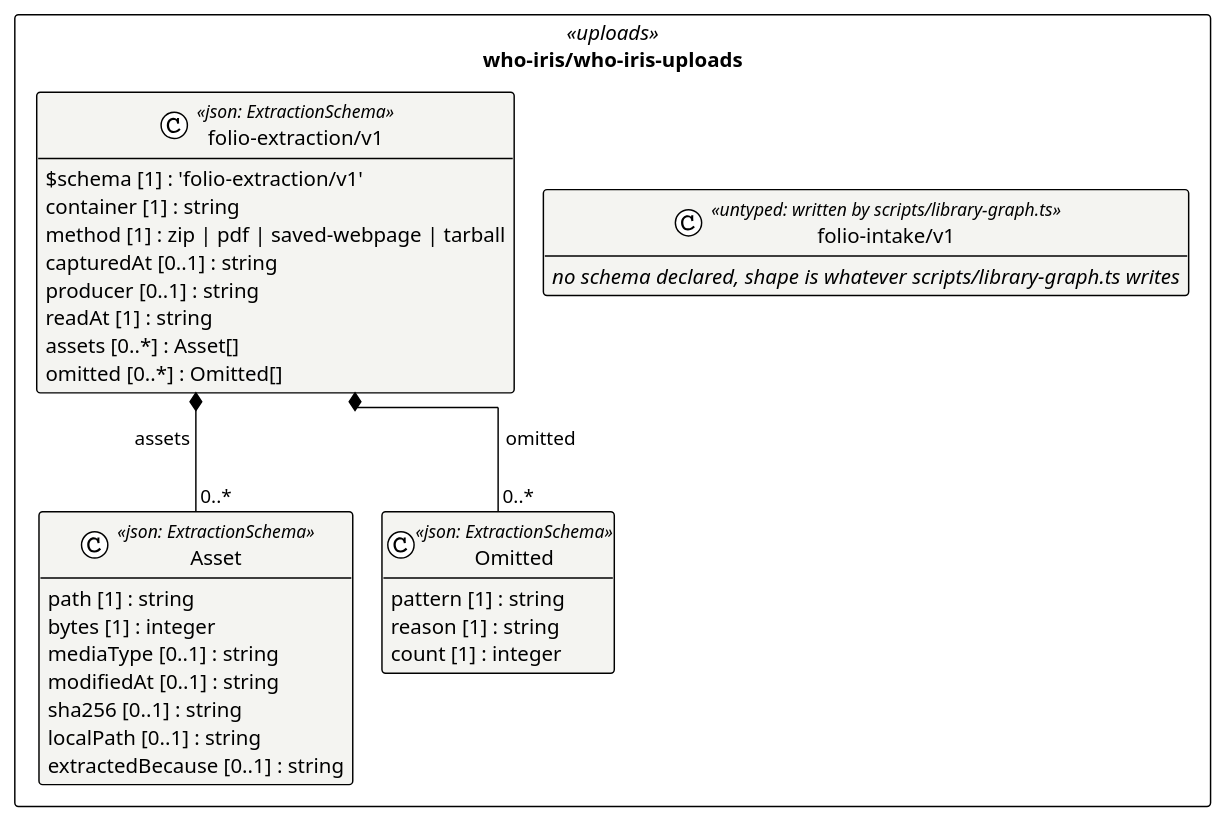
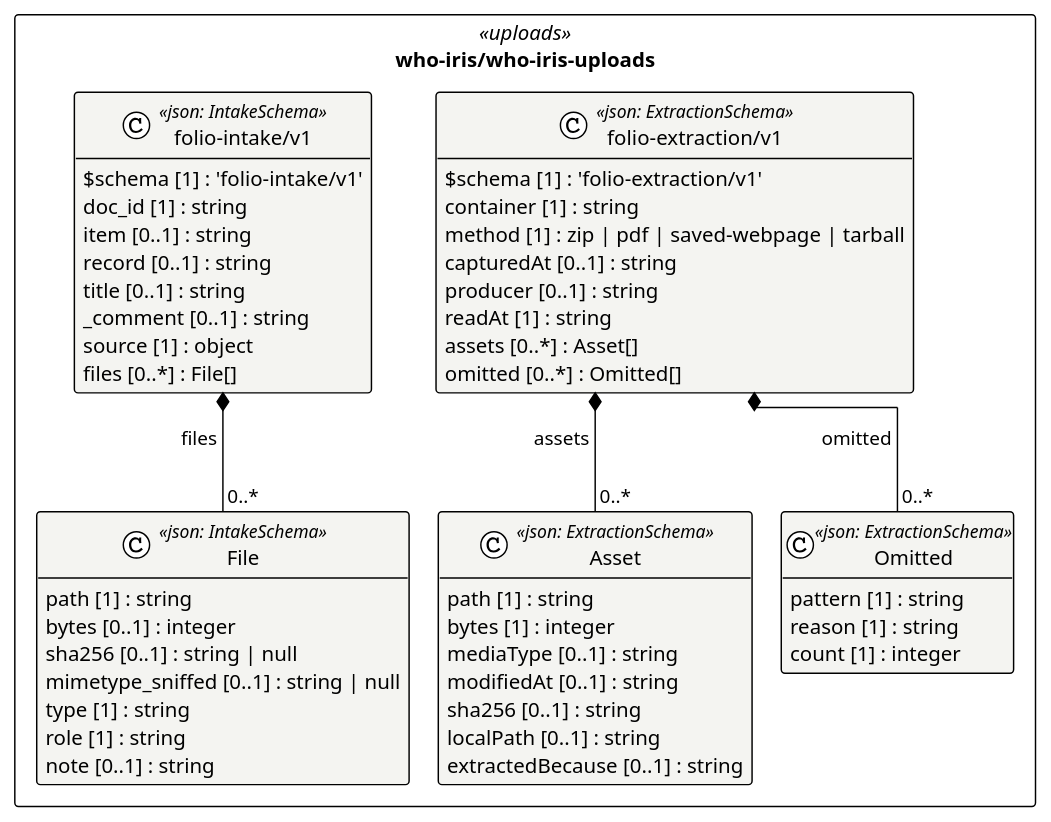
The diagram in cat-harness/uml/overview/who-iris/who-iris-uploads.puml (litlfred/folio-assistant), drawn with PlantUML before and after one commit. The commit also changed 47 other files, not shown here.

```diff
--- a/cat-harness/uml/overview/who-iris/who-iris-uploads.puml
+++ b/cat-harness/uml/overview/who-iris/who-iris-uploads.puml
@@ -3,41 +3,58 @@
 @startuml who_iris_who_iris_uploads
 !pragma layout elk
 !theme plain
 skinparam classAttributeIconSize 0
 skinparam shadowing false
 skinparam packageStyle rectangle
 hide empty methods
 
 package "who-iris/who-iris-uploads" as pkg_who_iris_who_iris_uploads <<uploads>> {
   class "Asset" as who_iris_who_iris_uploads_folio_extraction_v1_Asset <<json: ExtractionSchema>> #f4f4f1 {
     path [1] : string
     bytes [1] : integer
     mediaType [0..1] : string
     modifiedAt [0..1] : string
     sha256 [0..1] : string
     localPath [0..1] : string
     extractedBecause [0..1] : string
   }
   class "Omitted" as who_iris_who_iris_uploads_folio_extraction_v1_Omitted <<json: ExtractionSchema>> #f4f4f1 {
     pattern [1] : string
     reason [1] : string
     count [1] : integer
   }
   class "folio-extraction/v1" as who_iris_who_iris_uploads_folio_extraction_v1_folio_extraction_v1 <<json: ExtractionSchema>> #f4f4f1 {
     $schema [1] : 'folio-extraction/v1'
     container [1] : string
     method [1] : zip | pdf | saved-webpage | tarball
     capturedAt [0..1] : string
     producer [0..1] : string
     readAt [1] : string
     assets [0..*] : Asset[]
     omitted [0..*] : Omitted[]
   }
-  class "folio-intake/v1" as who_iris_who_iris_uploads_folio_intake_v1 <<untyped: written by scripts/library-graph.ts>> #f4f4f1 {
-    //no schema declared, shape is whatever scripts/library-graph.ts writes//
+  class "File" as who_iris_who_iris_uploads_folio_intake_v1_File <<json: IntakeSchema>> #f4f4f1 {
+    path [1] : string
+    bytes [0..1] : integer
+    sha256 [0..1] : string | null
+    mimetype_sniffed [0..1] : string | null
+    type [1] : string
+    role [1] : string
+    note [0..1] : string
+  }
+  class "folio-intake/v1" as who_iris_who_iris_uploads_folio_intake_v1_folio_intake_v1 <<json: IntakeSchema>> #f4f4f1 {
+    $schema [1] : 'folio-intake/v1'
+    doc_id [1] : string
+    item [0..1] : string
+    record [0..1] : string
+    title [0..1] : string
+    _comment [0..1] : string
+    source [1] : object
+    files [0..*] : File[]
   }
 }
 
 who_iris_who_iris_uploads_folio_extraction_v1_folio_extraction_v1 *-- "0..*" who_iris_who_iris_uploads_folio_extraction_v1_Asset : assets
 who_iris_who_iris_uploads_folio_extraction_v1_folio_extraction_v1 *-- "0..*" who_iris_who_iris_uploads_folio_extraction_v1_Omitted : omitted
+who_iris_who_iris_uploads_folio_intake_v1_folio_intake_v1 *-- "0..*" who_iris_who_iris_uploads_folio_intake_v1_File : files
 @enduml
```
